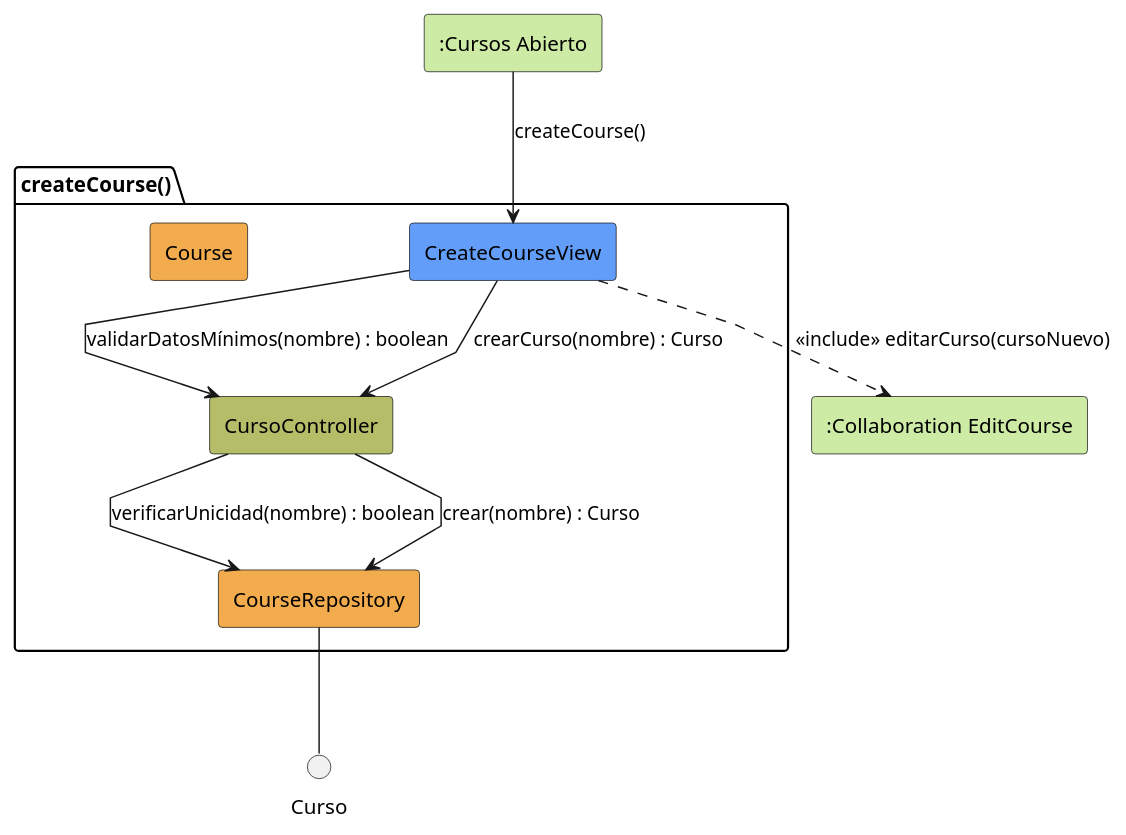
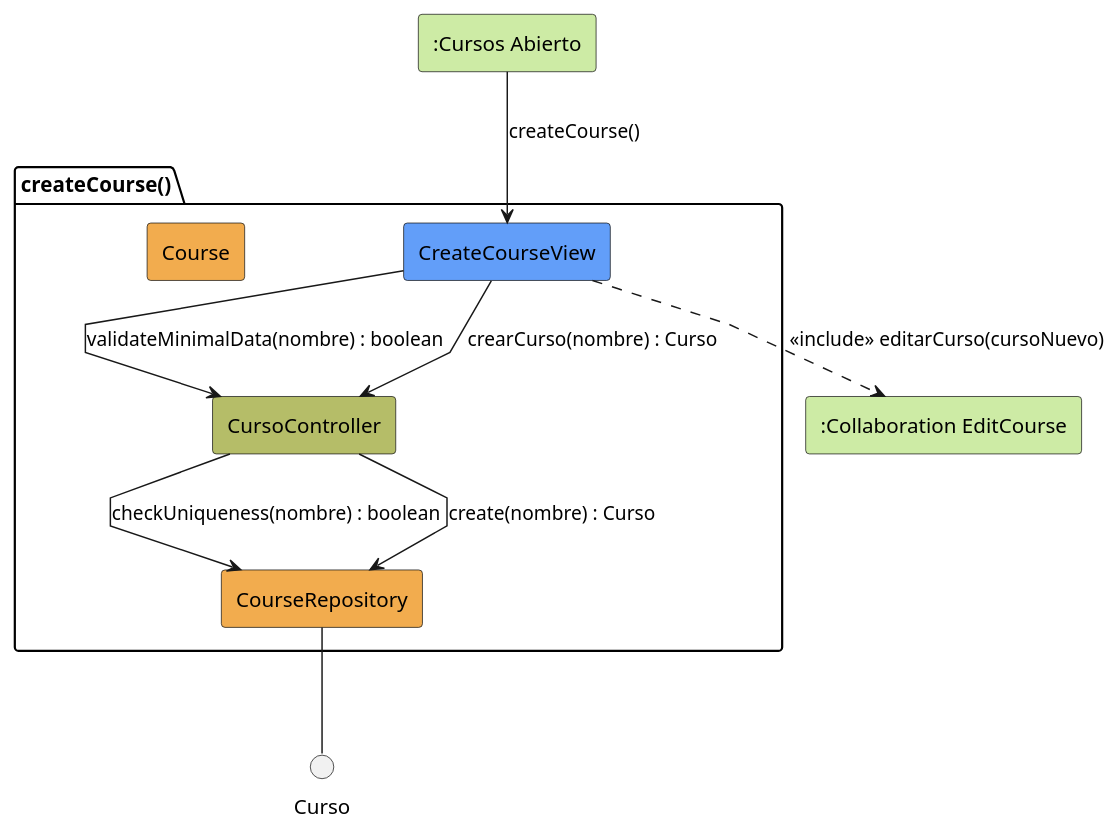
One commit to mmasias/pySigHor changed the diagram in RUP/01-analisis/casos-uso/crearCurso/colaboracion.puml. Above: the diagram before and after it, drawn with PlantUML. The commit also changed 34 other files, not shown here.

```diff
--- a/RUP/01-analisis/casos-uso/crearCurso/colaboracion.puml
+++ b/RUP/01-analisis/casos-uso/crearCurso/colaboracion.puml
@@ -1,28 +1,28 @@
 @startuml createCourse-analysis
 skinparam linetype polyline
 
 rectangle #CDEBA5 ":Cursos Abierto" as CursosAbierto
 rectangle #CDEBA5 ":Collaboration EditCourse" as EditCourse
 
 package createCourse as "createCourse()" {
     rectangle #629EF9 CreateCourseView
     rectangle #b5bd68 CursoController
     rectangle #F2AC4E CourseRepository
     rectangle #F2AC4E Course
 }
 
 CursosAbierto --> CreateCourseView: createCourse()
 
-CreateCourseView -d-> CursoController: validarDatosMínimos(nombre) : boolean
+CreateCourseView -d-> CursoController: validateMinimalData(nombre) : boolean
 
-CursoController --> CourseRepository: verificarUnicidad(nombre) : boolean
+CursoController --> CourseRepository: checkUniqueness(nombre) : boolean
 
 CreateCourseView --> CursoController: crearCurso(nombre) : Curso
 
-CursoController --> CourseRepository: crear(nombre) : Curso
+CursoController --> CourseRepository: create(nombre) : Curso
 
 CourseRepository -- Curso
 
 CreateCourseView ..> EditCourse: <<include>> editarCurso(cursoNuevo)
 
 @enduml
```
